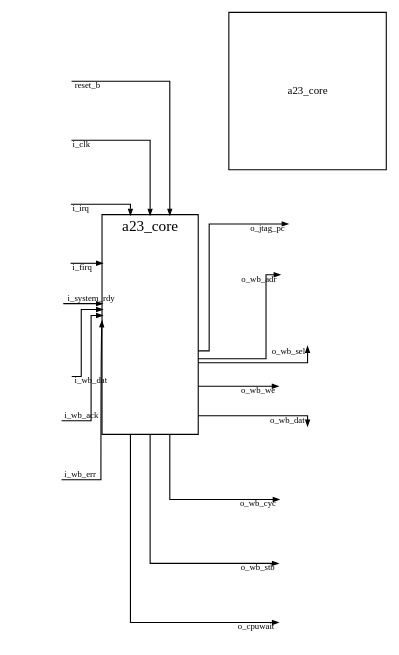
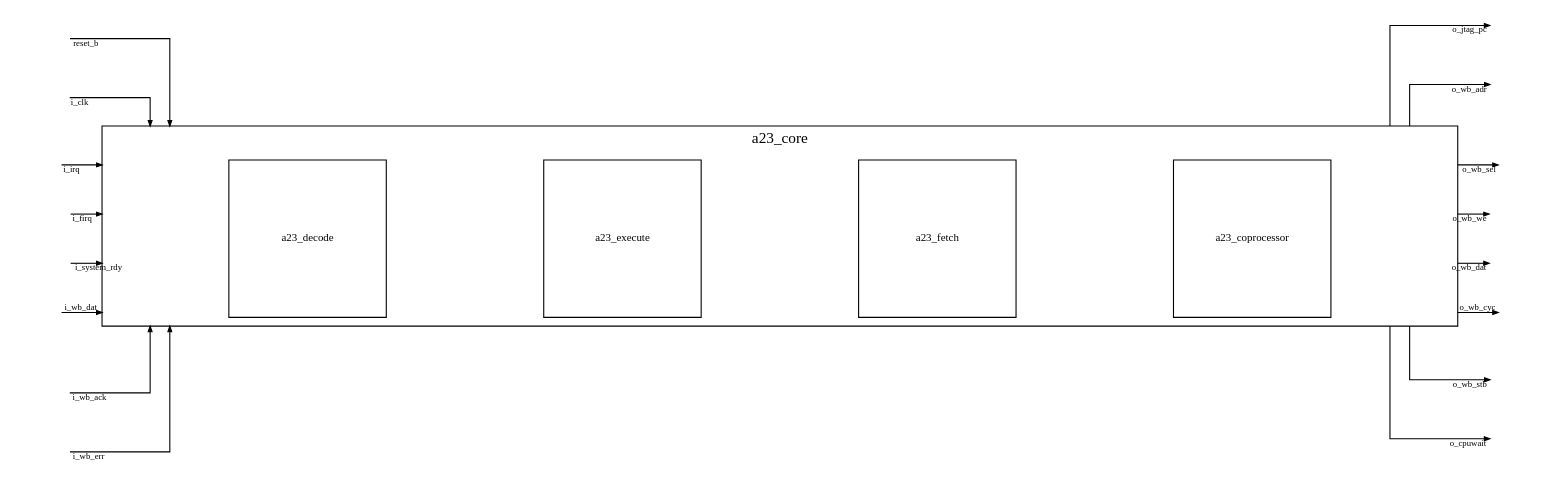
The diagram in block_new.dot (arunenigma/CSV_to_Block_Diagram_Generator), drawn with Graphviz before and after one commit. The commit also changed 4 other files, not shown here.

```diff
--- a/block_new.dot
+++ b/block_new.dot
@@ -1,5 +1,5 @@
 digraph {
-	graph [bb="0,0,342,576",
+	graph [bb="0,0,1404,414",
 		comment=a23_core,
 		compound=True,
 		multiedges=True,
@@ -11,257 +11,324 @@
 	node [label="\N"];
 	edge [style=filled];
 	subgraph cluster_1 {
-		graph [bb="82,190,170,391",
+		graph [bb="82,127,1322,310",
 			label=a23_core,
 			rank=same
 		];
-		empty_1_1		 [fontsize=10,
+		"20left"		 [fontsize=10,
 			height=1,
-			label=empty_1,
-			pos="126,324",
+			label="20left",
+			pos="126,207",
 			shape=box,
 			style=invis,
 			width=1];
-		empty_1_2		 [fontsize=10,
+		a23_decode		 [fontsize=10,
+			height=2,
+			label=a23_decode,
+			pos="270,207",
+			shape=box,
+			width=2];
+		"20left" -> a23_decode		 [pos="e,197.72,219 162.34,219 162.34,219 187.72,219 187.72,219",
+			style=invis];
+		"20left" -> a23_decode		 [pos="e,197.72,195 162.34,195 162.34,195 187.72,195 187.72,195",
+			style=invis];
+		"20right"		 [fontsize=10,
 			height=1,
-			label=empty_2,
-			pos="126,234",
+			label="20right",
+			pos="414,207",
 			shape=box,
 			style=invis,
 			width=1];
+		a23_decode -> "20right"		 [pos="e,377.91,195 342.42,195 342.42,195 367.91,195 367.91,195",
+			style=invis];
+		a23_decode -> "20right"		 [pos="e,377.91,219 342.42,219 342.42,219 367.91,219 367.91,219",
+			style=invis];
+		a23_execute		 [fontsize=10,
+			height=2,
+			label=a23_execute,
+			pos="558,207",
+			shape=box,
+			width=2];
+		"20right" -> a23_execute		 [pos="e,485.72,219 450.34,219 450.34,219 475.72,219 475.72,219",
+			style=invis];
+		"20right" -> a23_execute		 [pos="e,485.72,195 450.34,195 450.34,195 475.72,195 475.72,195",
+			style=invis];
+		"21right"		 [fontsize=10,
+			height=1,
+			label="21right",
+			pos="702,207",
+			shape=box,
+			style=invis,
+			width=1];
+		a23_execute -> "21right"		 [pos="e,665.91,195 630.42,195 630.42,195 655.91,195 655.91,195",
+			style=invis];
+		a23_execute -> "21right"		 [pos="e,665.91,219 630.42,219 630.42,219 655.91,219 655.91,219",
+			style=invis];
+		a23_fetch		 [fontsize=10,
+			height=2,
+			label=a23_fetch,
+			pos="846,207",
+			shape=box,
+			width=2];
+		"21right" -> a23_fetch		 [pos="e,773.72,195 738.34,195 738.34,195 763.72,195 763.72,195",
+			style=invis];
+		"21right" -> a23_fetch		 [pos="e,773.72,219 738.34,219 738.34,219 763.72,219 763.72,219",
+			style=invis];
+		"22right"		 [fontsize=10,
+			height=1,
+			label="22right",
+			pos="990,207",
+			shape=box,
+			style=invis,
+			width=1];
+		a23_fetch -> "22right"		 [pos="e,953.91,195 918.42,195 918.42,195 943.91,195 943.91,195",
+			style=invis];
+		a23_fetch -> "22right"		 [pos="e,953.91,219 918.42,219 918.42,219 943.91,219 943.91,219",
+			style=invis];
+		a23_coprocessor		 [fontsize=10,
+			height=2,
+			label=a23_coprocessor,
+			pos="1134,207",
+			shape=box,
+			width=2];
+		"22right" -> a23_coprocessor		 [pos="e,1061.7,195 1026.3,195 1026.3,195 1051.7,195 1051.7,195",
+			style=invis];
+		"22right" -> a23_coprocessor		 [pos="e,1061.7,219 1026.3,219 1026.3,219 1051.7,219 1051.7,219",
+			style=invis];
+		"23right"		 [fontsize=10,
+			height=1,
+			label="23right",
+			pos="1278,207",
+			shape=box,
+			style=invis,
+			width=1];
+		a23_coprocessor -> "23right"		 [pos="e,1241.9,195 1206.4,195 1206.4,195 1231.9,195 1231.9,195",
+			style=invis];
+		a23_coprocessor -> "23right"		 [pos="e,1241.9,219 1206.4,219 1206.4,219 1231.9,219 1231.9,219",
+			style=invis];
 	}
-	a23_core	 [fontsize=10,
-		height=2,
-		label=a23_core,
-		pos="270,504",
-		shape=box,
-		width=2];
-	empty_1_1 -> a23_core	 [pos="e,210,431.94 162.11,348 184.88,348 210,348 210,348 210,348 210,421.94 210,421.94",
-		style=invis];
 	5	 [height=0.5,
-		pos="270,396",
+		pos="1377,396",
 		style=invis,
 		width=0.75];
-	empty_1_2 -> 5	 [arrowhead=normal,
+	"23right" -> 5	 [arrowhead=normal,
 		arrowsize=0.5,
 		constraint=true,
 		fontsize=8,
-		head_lp="234.29,378",
+		head_lp="1333.8,397.5",
 		headlabel=o_jtag_pc,
 		ltail=cluster_1,
 		penwidth=1,
-		pos="e,251.79,382.5 169.8,266.4 175.83,266.4 180,266.4 180,266.4 180,266.4 180,382.5 180,382.5 180,382.5 246.79,382.5 246.79,382.5",
+		pos="e,1351.3,402 1260,309.59 1260,356.58 1260,402 1260,402 1260,402 1346.3,402 1346.3,402",
 		weight=2.0];
 	6	 [height=0.5,
-		pos="270,342",
+		pos="1377,342",
 		style=invis,
 		width=0.75];
-	empty_1_2 -> 6	 [arrowhead=normal,
+	"23right" -> 6	 [arrowhead=normal,
 		arrowsize=0.5,
 		constraint=true,
 		fontsize=8,
-		head_lp="226.94,331.5",
+		head_lp="1334,331.5",
 		headlabel=o_wb_adr,
 		ltail=cluster_1,
 		penwidth=1,
-		pos="e,244.44,336 169.51,259.2 198.76,259.2 232,259.2 232,259.2 232,259.2 232,336 232,336 232,336 239.44,336 239.44,336",
+		pos="e,1351.5,336 1278,309.81 1278,325.18 1278,336 1278,336 1278,336 1346.5,336 1346.5,336",
 		weight=2.0];
 	7	 [height=0.5,
-		pos="270,288",
+		pos="1377,288",
 		style=invis,
 		width=0.75];
-	empty_1_2 -> 7	 [arrowhead=normal,
+	"23right" -> 7	 [arrowhead=normal,
 		arrowsize=0.5,
 		constraint=true,
 		fontsize=8,
-		head_lp="253.5,265.41",
+		head_lp="1342.5,270",
 		headlabel=o_wb_sel,
 		ltail=cluster_1,
 		penwidth=1,
-		pos="e,270,269.91 169.52,255.6 211.91,255.6 270,255.6 270,255.6 270,255.6 270,264.91 270,264.91",
+		pos="e,1359,274.5 1321.6,274.5 1337.2,274.5 1354,274.5 1354,274.5",
 		weight=2.0];
 	8	 [height=0.5,
-		pos="270,234",
+		pos="1377,234",
 		style=invis,
 		width=0.75];
-	empty_1_2 -> 8	 [arrowhead=normal,
+	"23right" -> 8	 [arrowhead=normal,
 		arrowsize=0.5,
 		constraint=true,
 		fontsize=8,
-		head_lp="226.27,229.5",
+		head_lp="1334.3,225",
 		headlabel=o_wb_we,
 		ltail=cluster_1,
 		penwidth=1,
-		pos="e,242.77,234 169.85,234 188.92,234 237.77,234 237.77,234",
+		pos="e,1350.8,229.5 1321.7,229.5 1331.1,229.5 1345.8,229.5 1345.8,229.5",
 		weight=2.0];
 	10	 [height=0.5,
-		pos="270,180",
+		pos="1377,180",
 		style=invis,
 		width=0.75];
-	empty_1_2 -> 10	 [arrowhead=normal,
+	"23right" -> 10	 [arrowhead=normal,
 		arrowsize=0.5,
 		constraint=true,
 		fontsize=8,
-		head_lp="253,202.66",
+		head_lp="1333.8,180",
 		headlabel=o_wb_dat,
 		ltail=cluster_1,
 		penwidth=1,
-		pos="e,270,198.16 169.52,207 211.91,207 270,207 270,207 270,207 270,203.16 270,203.16",
+		pos="e,1350.8,184.5 1321.7,184.5 1331.1,184.5 1345.8,184.5 1345.8,184.5",
 		weight=2.0];
 	11	 [height=0.5,
-		pos="270,126",
+		pos="1377,126",
 		style=invis,
 		width=0.75];
-	empty_1_2 -> 11	 [arrowhead=normal,
+	"23right" -> 11	 [arrowhead=normal,
 		arrowsize=0.5,
 		constraint=true,
 		fontsize=8,
-		head_lp="225.59,126",
+		head_lp="1341,144",
 		headlabel=o_wb_cyc,
 		ltail=cluster_1,
 		penwidth=1,
-		pos="e,243.59,130.5 144,190.33 144,162.06 144,130.5 144,130.5 144,130.5 238.59,130.5 238.59,130.5",
+		pos="e,1359,139.5 1321.6,139.5 1337.2,139.5 1354,139.5 1354,139.5",
 		weight=2.0];
 	12	 [height=0.5,
-		pos="270,72",
+		pos="1377,72",
 		style=invis,
 		width=0.75];
-	empty_1_2 -> 12	 [arrowhead=normal,
+	"23right" -> 12	 [arrowhead=normal,
 		arrowsize=0.5,
 		constraint=true,
 		fontsize=8,
-		head_lp="225.91,67.5",
+		head_lp="1334.5,61.5",
 		headlabel=o_wb_stb,
 		ltail=cluster_1,
 		penwidth=1,
-		pos="e,242.91,72 126,190.15 126,142.17 126,72 126,72 126,72 237.91,72 237.91,72",
+		pos="e,1351.5,66 1278,127.35 1278,95.399 1278,66 1278,66 1278,66 1346.5,66 1346.5,66",
 		weight=2.0];
 	15	 [height=0.5,
-		pos="270,18",
+		pos="1377,18",
 		style=invis,
 		width=0.75];
-	empty_1_2 -> 15	 [arrowhead=normal,
+	"23right" -> 15	 [arrowhead=normal,
 		arrowsize=0.5,
 		constraint=true,
 		fontsize=8,
-		head_lp="224.88,13.5",
+		head_lp="1333.3,7.5",
 		headlabel=o_cpuwait,
 		ltail=cluster_1,
 		penwidth=1,
-		pos="e,242.88,18 108,190.39 108,127.29 108,18 108,18 108,18 237.88,18 237.88,18",
+		pos="e,1351.3,12 1260,127.09 1260,73.248 1260,12 1260,12 1260,12 1346.3,12 1346.3,12",
 		weight=2.0];
-	a23_core -> empty_1_2	 [pos="e,162.19,262.8 221,431.96 221,360.89 221,262.8 221,262.8 221,262.8 172.19,262.8 172.19,262.8",
-		style=invis];
 	0	 [height=0.5,
-		pos="27,513",
+		pos="27,396",
 		style=invis,
 		width=0.75];
-	0 -> empty_1_1	 [arrowhead=normal,
+	0 -> "20left"	 [arrowhead=normal,
 		arrowsize=0.5,
 		constraint=true,
 		fontsize=8,
 		lhead=cluster_1,
 		penwidth=1,
-		pos="e,144,390.81 54.136,513 88.699,513 144,513 144,513 144,513 144,439.12 144,395.92",
-		tail_lp="66.636,508.5",
+		pos="e,144,309.96 52.676,390 87.117,390 144,390 144,390 144,390 144,352.01 144,315.35",
+		tail_lp="65.176,385.5",
 		taillabel=reset_b,
 		weight=2.0];
 	1	 [height=0.5,
-		pos="27,459",
+		pos="27,342",
 		style=invis,
 		width=0.75];
-	1 -> empty_1_1	 [arrowhead=normal,
+	1 -> "20left"	 [arrowhead=normal,
 		arrowsize=0.5,
 		constraint=true,
 		fontsize=8,
 		lhead=cluster_1,
 		penwidth=1,
-		pos="e,126,390.81 54.052,459 83.364,459 126,459 126,459 126,459 126,423.19 126,395.82",
-		tail_lp="63.052,454.5",
+		pos="e,126,309.74 52.495,348 81.828,348 126,348 126,348 126,348 126,333.18 126,314.96",
+		tail_lp="61.495,343.5",
 		taillabel=i_clk,
 		weight=2.0];
 	2	 [height=0.5,
-		pos="27,405",
+		pos="27,288",
 		style=invis,
 		width=0.75];
-	2 -> empty_1_1	 [arrowhead=normal,
+	2 -> "20left"	 [arrowhead=normal,
 		arrowsize=0.5,
 		constraint=true,
 		fontsize=8,
 		lhead=cluster_1,
 		penwidth=1,
-		pos="e,108,390.8 53.522,400.5 77.145,400.5 108,400.5 108,400.5 108,400.5 108,398.69 108,395.9",
-		tail_lp="62.022,396",
+		pos="e,82.392,274.5 44.977,274.5 54.429,274.5 66.282,274.5 77.15,274.5",
+		tail_lp="53.477,270",
 		taillabel=i_irq,
 		weight=2.0];
 	3	 [height=0.5,
-		pos="27,351",
+		pos="27,234",
 		style=invis,
 		width=0.75];
-	3 -> empty_1_1	 [arrowhead=normal,
+	3 -> "20left"	 [arrowhead=normal,
 		arrowsize=0.5,
 		constraint=true,
 		fontsize=8,
 		lhead=cluster_1,
 		penwidth=1,
-		pos="e,82.432,346.5 53.27,346.5 53.27,346.5 67.874,346.5 77.24,346.5",
-		tail_lp="63.27,342",
+		pos="e,82.432,229.5 53.27,229.5 53.27,229.5 67.874,229.5 77.24,229.5",
+		tail_lp="63.27,225",
 		taillabel=i_firq,
 		weight=2.0];
 	4	 [height=0.5,
-		pos="27,297",
+		pos="27,180",
 		style=invis,
 		width=0.75];
-	4 -> empty_1_1	 [arrowhead=normal,
+	4 -> "20left"	 [arrowhead=normal,
 		arrowsize=0.5,
 		constraint=true,
 		fontsize=8,
 		lhead=cluster_1,
 		penwidth=1,
-		pos="e,82.153,309.6 46.559,309.6 46.559,309.6 65.866,309.6 76.989,309.6",
-		tail_lp="70.059,314.1",
+		pos="e,82.432,184.5 53.27,184.5 53.27,184.5 67.874,184.5 77.24,184.5",
+		tail_lp="76.77,180",
 		taillabel=i_system_rdy,
 		weight=2.0];
 	9	 [height=0.5,
-		pos="27,243",
+		pos="27,126",
 		style=invis,
 		width=0.75];
-	9 -> empty_1_1	 [arrowhead=normal,
+	9 -> "20left"	 [arrowhead=normal,
 		arrowsize=0.5,
 		constraint=true,
 		fontsize=8,
 		lhead=cluster_1,
 		penwidth=1,
-		pos="e,82.055,304.2 54.285,243 59.306,243 63,243 63,243 63,243 63,304.2 63,304.2 63,304.2 70.77,304.2 77.015,304.2",
-		tail_lp="70.285,238.5",
+		pos="e,82.392,139.5 44.977,139.5 54.429,139.5 66.282,139.5 77.15,139.5",
+		tail_lp="60.977,144",
 		taillabel=i_wb_dat,
 		weight=2.0];
 	13	 [height=0.5,
-		pos="27,189",
+		pos="27,72",
 		style=invis,
 		width=0.75];
-	13 -> empty_1_1	 [arrowhead=normal,
+	13 -> "20left"	 [arrowhead=normal,
 		arrowsize=0.5,
 		constraint=true,
 		fontsize=8,
 		lhead=cluster_1,
 		penwidth=1,
-		pos="e,82.478,298.8 45.044,202.5 57.563,202.5 72,202.5 72,202.5 72,202.5 72,298.8 72,298.8 72,298.8 74.364,298.8 77.075,298.8",
-		tail_lp="62.044,207",
+		pos="e,126,127.25 52.495,78 81.828,78 126,78 126,78 126,78 126,100.01 126,121.97",
+		tail_lp="69.495,73.5",
 		taillabel=i_wb_ack,
 		weight=2.0];
 	14	 [height=0.5,
-		pos="27,135",
+		pos="27,18",
 		style=invis,
 		width=0.75];
-	14 -> empty_1_1	 [arrowhead=normal,
+	14 -> "20left"	 [arrowhead=normal,
 		arrowsize=0.5,
 		constraint=true,
 		fontsize=8,
 		lhead=cluster_1,
 		penwidth=1,
-		pos="e,82.163,293.4 44.981,148.5 60.69,148.5 81,148.5 81,148.5 81,148.5 81,262.43 81.811,288.24",
-		tail_lp="60.481,153",
+		pos="e,144,127.09 52.676,24 87.117,24 144,24 144,24 144,24 144,80.408 144,122.08",
+		tail_lp="68.176,19.5",
 		taillabel=i_wb_err,
 		weight=2.0];
 }
```
